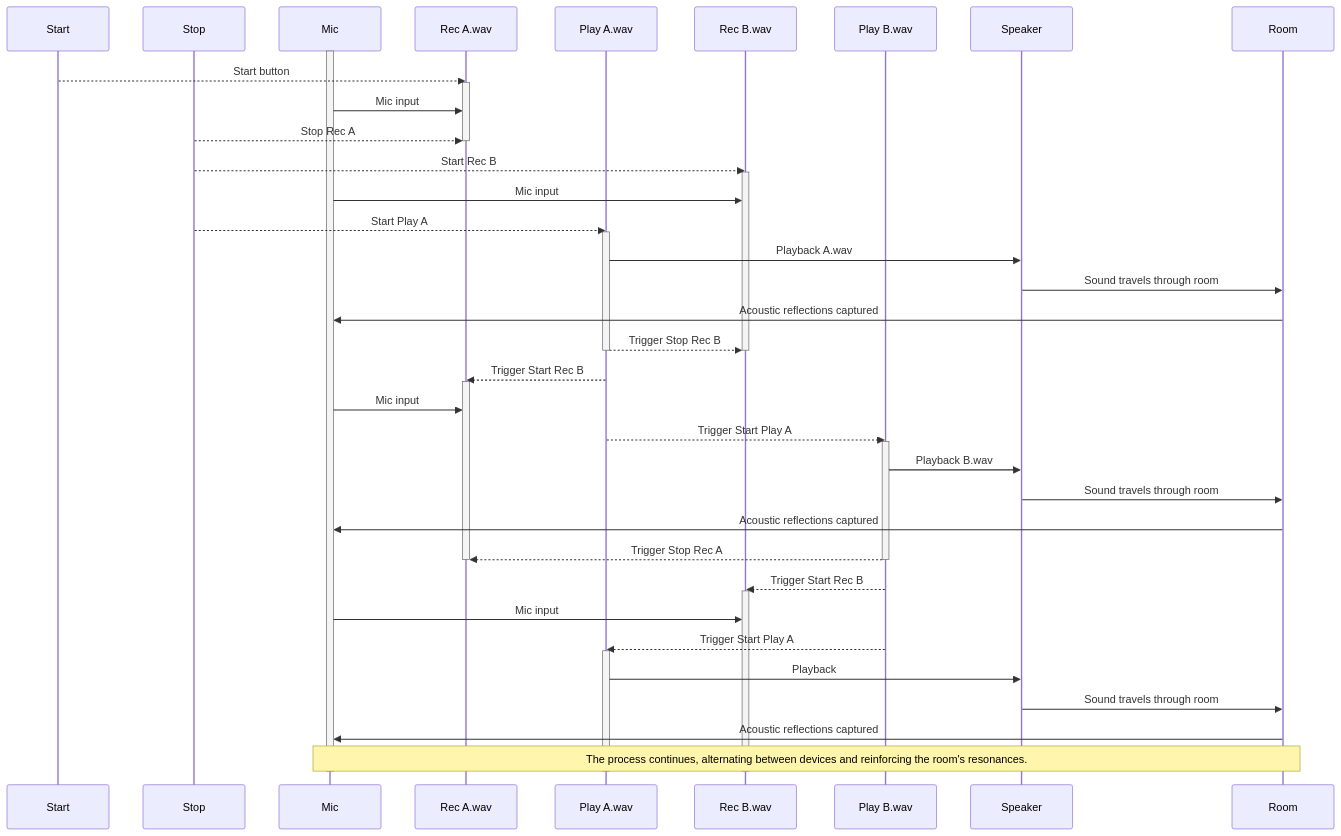
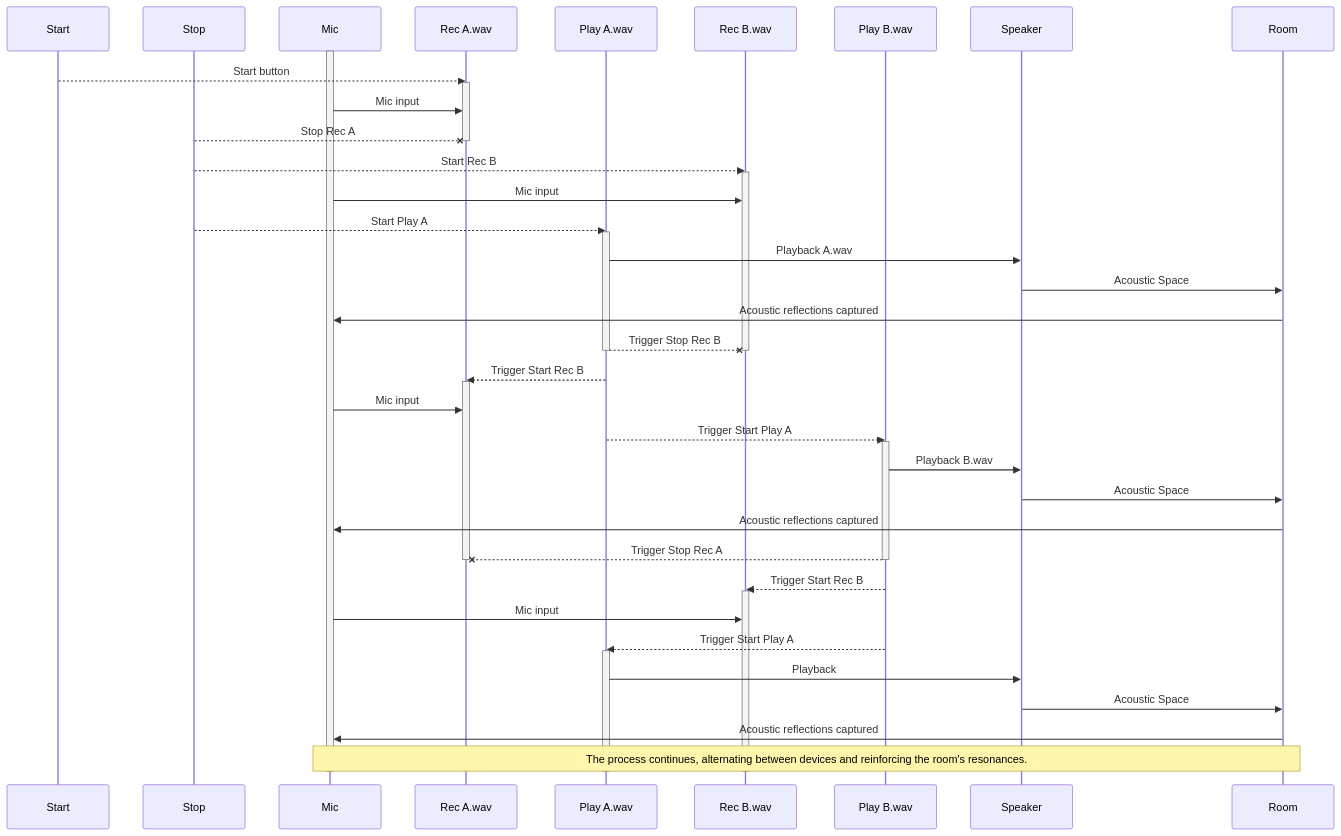
Before and after one commit to ezequielabregu/code-that-sounds: the second of 4 diagrams in chapters/playrec.qmd, drawn with Mermaid. The commit also changed other lines of this file and 4 other files, not shown here.

Commit message:
fix sequence diagram of I am sitting using .column-page-inset

````diff
--- a/chapters/playrec.qmd
+++ b/chapters/playrec.qmd
@@ -108,63 +112,74 @@
 ```{mermaid}
+%%{
+  init: {
+    'theme': 'default',
+    'themeVariables': {
+      'fontSize': '16px', // Default is usually 14px, increase as needed
+      'actorFontSize': '16px',
+      'messageFontSize': '15px', // Font size for messages on arrows
+      'noteFontSize': '15px'
+    }
+  }
+}%%
 sequenceDiagram
     participant Start as Start
     participant Stop as Stop
     participant Input as Mic
     participant RecA as Rec A.wav
     participant PlayA as Play A.wav
     participant RecB as Rec B.wav
     participant PlayB as Play B.wav
     participant Output as Speaker
     participant Room as Room
 
     %% Generation 1
     activate Input
     Start-->>RecA: Start button
     activate RecA
     Input->>RecA: Mic input
 
 
-    Stop-->>RecA: Stop Rec A  
+    Stop--xRecA: Stop Rec A  
     deactivate RecA   
     Stop-->>RecB: Start Rec B
     activate RecB 
     Input->>RecB: Mic input          
     Stop-->>PlayA: Start Play A
     activate PlayA
 
     PlayA->>Output: Playback A.wav
-    Output->>Room: Sound travels through room
+    Output->>Room: Acoustic Space
     Room->>Input: Acoustic reflections captured
-    PlayA-->>RecB: Trigger Stop Rec B
+    PlayA--xRecB: Trigger Stop Rec B
     deactivate RecB
     deactivate PlayA
 
     PlayA-->>RecA: Trigger Start Rec B
     activate RecA
     Input->>RecA: Mic input 
     PlayA-->>PlayB: Trigger Start Play A
     activate PlayB
 
     %% Generation 2
     PlayB->>Output: Playback B.wav
-    Output->>Room: Sound travels through room
+    Output->>Room: Acoustic Space
     Room->>Input: Acoustic reflections captured
 
     %% Generation 3 (process repeats)
-    PlayB-->>RecA: Trigger Stop Rec A
+    PlayB--xRecA: Trigger Stop Rec A
     deactivate RecA
     deactivate PlayB
     PlayB-->>RecB: Trigger Start Rec B
     activate RecB 
     Input->>RecB: Mic input
     PlayB-->>PlayA: Trigger Start Play A
     activate PlayA
     PlayA->>Output: Playback
-    Output->>Room: Sound travels through room
+    Output->>Room: Acoustic Space
     Room->>Input: Acoustic reflections captured
 
     Note over Input,Room: The process continues, alternating between devices and reinforcing the room's resonances.
     deactivate Input
     deactivate PlayA
     deactivate RecB
 ```
````
